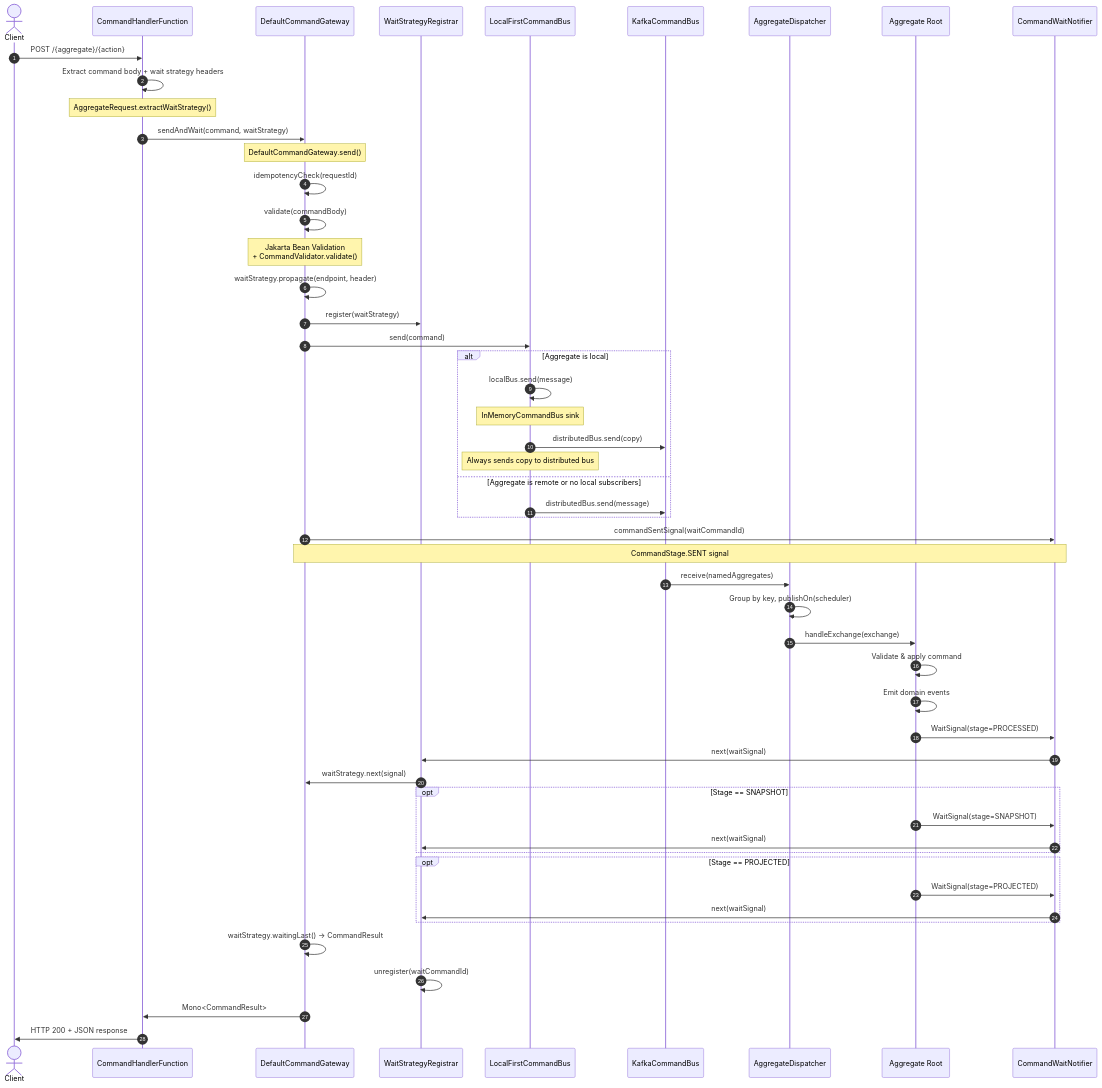
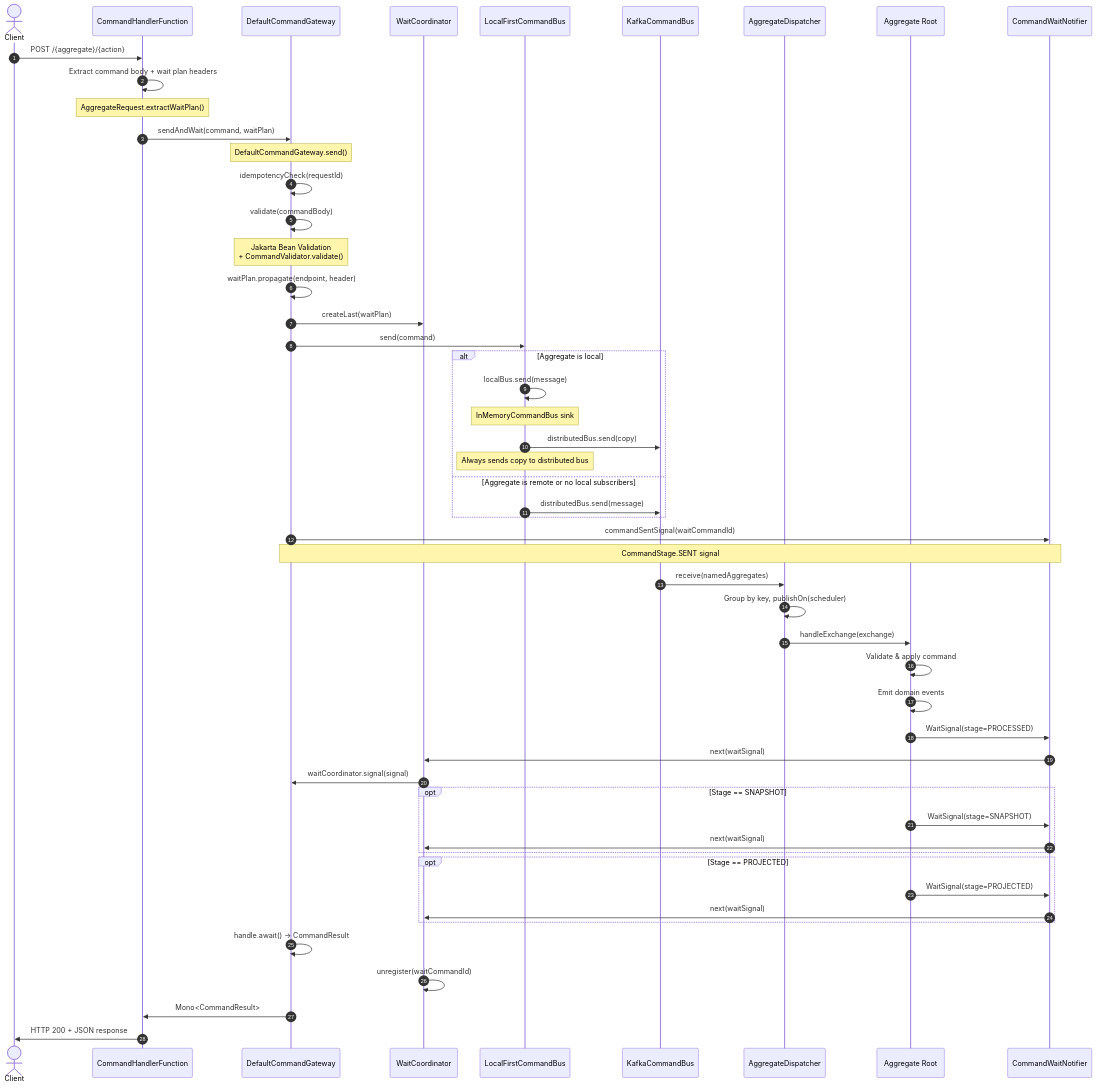
The second of 3 diagrams in documentation/docs/en/guide/command-gateway.md (Ahoo-Wang/Wow), drawn with Mermaid before and after one commit. The commit also changed other lines of this file and 128 other files, not shown here.

Commit message:
feat(core): remove wait strategy runtime

````diff
--- a/documentation/docs/en/guide/command-gateway.md
+++ b/documentation/docs/en/guide/command-gateway.md
@@ -232,63 +232,63 @@
 ```mermaid
 sequenceDiagram
     autonumber
     actor Client
     participant Handler as CommandHandlerFunction
     participant Gateway as DefaultCommandGateway
-    participant Registrar as WaitStrategyRegistrar
+    participant Registrar as WaitCoordinator
     participant LFBus as LocalFirstCommandBus
     participant Kafka as KafkaCommandBus
     participant Dispatcher as AggregateDispatcher
     participant Aggregate as Aggregate Root
     participant Notifier as CommandWaitNotifier
 
     Client->>Handler: POST /{aggregate}/{action}
-    Handler->>Handler: Extract command body + wait strategy headers
-    Note over Handler: AggregateRequest.extractWaitStrategy()
-    Handler->>Gateway: sendAndWait(command, waitStrategy)
+    Handler->>Handler: Extract command body + wait plan headers
+    Note over Handler: AggregateRequest.extractWaitPlan()
+    Handler->>Gateway: sendAndWait(command, waitPlan)
     Note over Gateway: DefaultCommandGateway.send()
 
     Gateway->>Gateway: idempotencyCheck(requestId)
     Gateway->>Gateway: validate(commandBody)
     Note over Gateway: Jakarta Bean Validation<br>+ CommandValidator.validate()
 
-    Gateway->>Gateway: waitStrategy.propagate(endpoint, header)
-    Gateway->>Registrar: register(waitStrategy)
+    Gateway->>Gateway: waitPlan.propagate(endpoint, header)
+    Gateway->>Registrar: createLast(waitPlan)
     Gateway->>LFBus: send(command)
 
     alt Aggregate is local
         LFBus->>LFBus: localBus.send(message)
         Note over LFBus: InMemoryCommandBus sink
         LFBus->>Kafka: distributedBus.send(copy)
         Note over LFBus: Always sends copy to distributed bus
     else Aggregate is remote or no local subscribers
         LFBus->>Kafka: distributedBus.send(message)
     end
 
     Gateway->>Notifier: commandSentSignal(waitCommandId)
     Note over Gateway,Notifier: CommandStage.SENT signal
 
     Kafka->>Dispatcher: receive(namedAggregates)
     Dispatcher->>Dispatcher: Group by key, publishOn(scheduler)
     Dispatcher->>Aggregate: handleExchange(exchange)
     Aggregate->>Aggregate: Validate & apply command
     Aggregate->>Aggregate: Emit domain events
 
     Aggregate->>Notifier: WaitSignal(stage=PROCESSED)
     Notifier->>Registrar: next(waitSignal)
-    Registrar->>Gateway: waitStrategy.next(signal)
+    Registrar->>Gateway: waitCoordinator.signal(signal)
 
     opt Stage == SNAPSHOT
         Aggregate->>Notifier: WaitSignal(stage=SNAPSHOT)
         Notifier->>Registrar: next(waitSignal)
     end
     opt Stage == PROJECTED
         Aggregate->>Notifier: WaitSignal(stage=PROJECTED)
         Notifier->>Registrar: next(waitSignal)
     end
 
-    Gateway->>Gateway: waitStrategy.waitingLast() -> CommandResult
+    Gateway->>Gateway: handle.await() -> CommandResult
     Registrar->>Registrar: unregister(waitCommandId)
     Gateway->>Handler: Mono<CommandResult>
     Handler->>Client: HTTP 200 + JSON response
 ```
````
